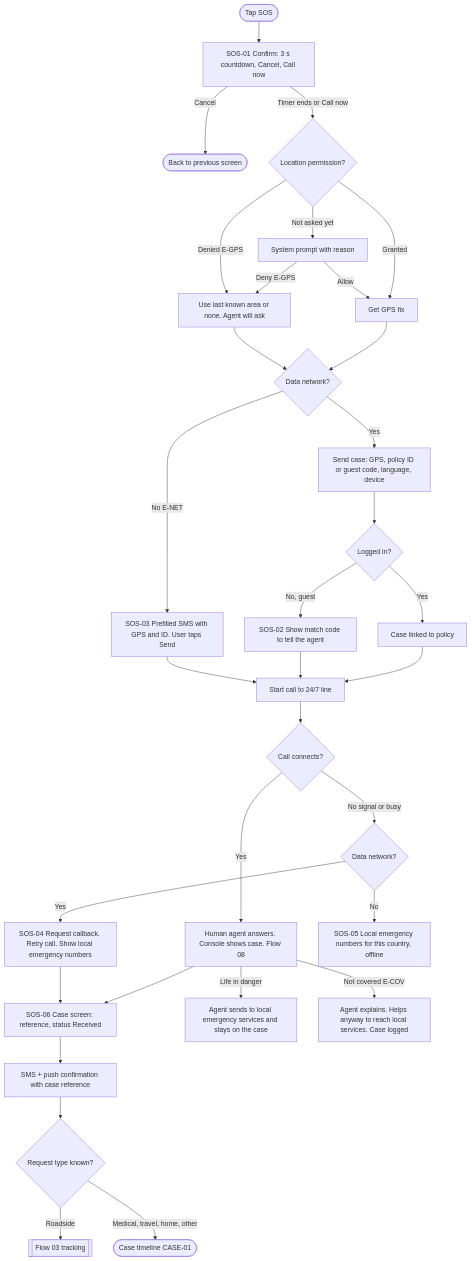
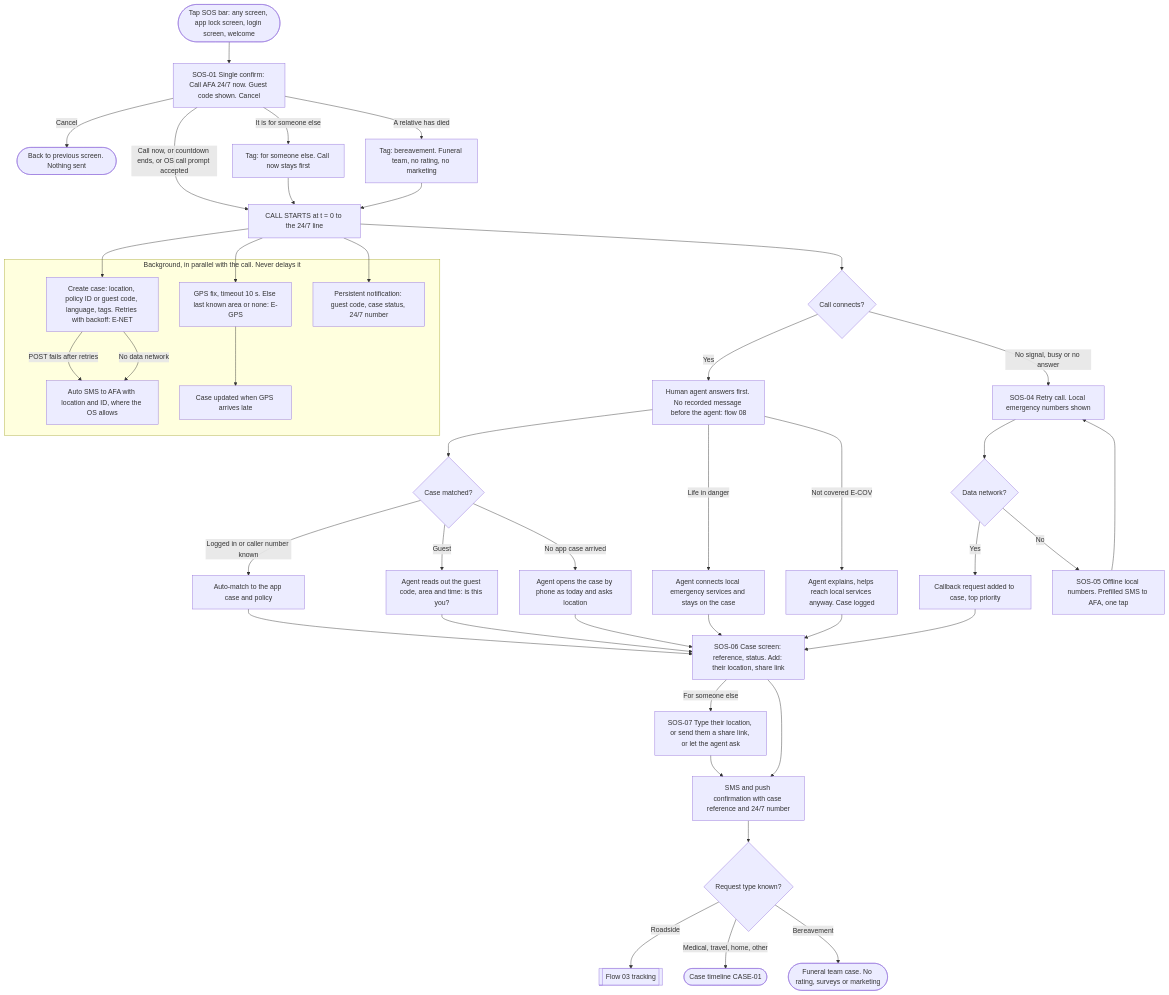
The diagram in africa-first-assist/studio/design/flows/02-sos-one-tap.md (Dragax10/DC-DT), drawn with Mermaid before and after one commit. The commit also changed other lines of this file and 6 other files, not shown here.

First line of the commit message:
Africa First Assist: flow fixes in progress

````diff
--- a/africa-first-assist/studio/design/flows/02-sos-one-tap.md
+++ b/africa-first-assist/studio/design/flows/02-sos-one-tap.md
@@ -29,34 +42,55 @@
 ```mermaid
 flowchart TD
-    A0(["Tap SOS"]) --> A1["SOS-01 Confirm: 3 s countdown, Cancel, Call now"]
-    A1 -->|"Cancel"| A99(["Back to previous screen"])
-    A1 -->|"Timer ends or Call now"| D1{"Location permission?"}
-    D1 -->|"Granted"| A2["Get GPS fix"]
-    D1 -->|"Not asked yet"| A3["System prompt with reason"]
-    A3 -->|"Allow"| A2
-    A3 -->|"Deny E-GPS"| A4["Use last known area or none. Agent will ask"]
-    D1 -->|"Denied E-GPS"| A4
-    A2 --> D2{"Data network?"}
-    A4 --> D2
-    D2 -->|"Yes"| A5["Send case: GPS, policy ID or guest code, language, device"]
-    D2 -->|"No E-NET"| A6["SOS-03 Prefilled SMS with GPS and ID. User taps Send"]
-    A5 --> D3{"Logged in?"}
-    D3 -->|"Yes"| A7["Case linked to policy"]
-    D3 -->|"No, guest"| A8["SOS-02 Show match code to tell the agent"]
-    A7 --> A9["Start call to 24/7 line"]
-    A8 --> A9
-    A6 --> A9
-    A9 --> D4{"Call connects?"}
-    D4 -->|"Yes"| A10["Human agent answers. Console shows case. Flow 08"]
-    D4 -->|"No signal or busy"| D5{"Data network?"}
-    D5 -->|"Yes"| A11["SOS-04 Request callback. Retry call. Show local emergency numbers"]
-    D5 -->|"No"| A12["SOS-05 Local emergency numbers for this country, offline"]
-    A10 --> A13["SOS-06 Case screen: reference, status Received"]
-    A11 --> A13
-    A13 --> A14["SMS + push confirmation with case reference"]
-    A14 --> D6{"Request type known?"}
-    D6 -->|"Roadside"| R[["Flow 03 tracking"]]
-    D6 -->|"Medical, travel, home, other"| C(["Case timeline CASE-01"])
-    A10 -->|"Life in danger"| A15["Agent sends to local emergency services and stays on the case"]
-    A10 -->|"Not covered E-COV"| A16["Agent explains. Helps anyway to reach local services. Case logged"]
+    A0(["Tap SOS bar: any screen, app lock screen, login screen, welcome"]) --> A1["SOS-01 Single confirm: Call AFA 24/7 now. Guest code shown. Cancel"]
+    A1 -->|"Cancel"| A99(["Back to previous screen. Nothing sent"])
+    A1 -->|"Call now, or countdown ends, or OS call prompt accepted"| CALL
+    A1 -->|"It is for someone else"| P1["Tag: for someone else. Call now stays first"]
+    A1 -->|"A relative has died"| B1["Tag: bereavement. Funeral team, no rating, no marketing"]
+    P1 --> CALL
+    B1 --> CALL
+    CALL["CALL STARTS at t = 0 to the 24/7 line"]
+
+    subgraph BG["Background, in parallel with the call. Never delays it"]
+        G1["GPS fix, timeout 10 s. Else last known area or none: E-GPS"]
+        G2["Create case: location, policy ID or guest code, language, tags. Retries with backoff: E-NET"]
+        G3["Persistent notification: guest code, case status, 24/7 number"]
+        G4["Auto SMS to AFA with location and ID, where the OS allows"]
+        G5["Case updated when GPS arrives late"]
+    end
+    CALL --> G1
+    CALL --> G2
+    CALL --> G3
+    G1 --> G5
+    G2 -->|"POST fails after retries"| G4
+    G2 -->|"No data network"| G4
+
+    CALL --> D4{"Call connects?"}
+    D4 -->|"Yes"| H1["Human agent answers first. No recorded message before the agent: flow 08"]
+    H1 --> D5{"Case matched?"}
+    D5 -->|"Logged in or caller number known"| M1["Auto-match to the app case and policy"]
+    D5 -->|"Guest"| M2["Agent reads out the guest code, area and time: is this you?"]
+    D5 -->|"No app case arrived"| M3["Agent opens the case by phone as today and asks location"]
+    M1 --> A13
+    M2 --> A13
+    M3 --> A13
+    H1 -->|"Life in danger"| A15["Agent connects local emergency services and stays on the case"]
+    H1 -->|"Not covered E-COV"| A16["Agent explains, helps reach local services anyway. Case logged"]
+    A15 --> A13
+    A16 --> A13
+
+    D4 -->|"No signal, busy or no answer"| F1["SOS-04 Retry call. Local emergency numbers shown"]
+    F1 --> D6{"Data network?"}
+    D6 -->|"Yes"| F2["Callback request added to case, top priority"]
+    D6 -->|"No"| F3["SOS-05 Offline local numbers. Prefilled SMS to AFA, one tap"]
+    F2 --> A13
+    F3 --> F1
+
+    A13["SOS-06 Case screen: reference, status. Add: their location, share link"]
+    A13 -->|"For someone else"| P2["SOS-07 Type their location, or send them a share link, or let the agent ask"]
+    P2 --> A14
+    A13 --> A14["SMS and push confirmation with case reference and 24/7 number"]
+    A14 --> D7{"Request type known?"}
+    D7 -->|"Roadside"| R[["Flow 03 tracking"]]
+    D7 -->|"Medical, travel, home, other"| C(["Case timeline CASE-01"])
+    D7 -->|"Bereavement"| BF(["Funeral team case. No rating, surveys or marketing"])
 ```
````
